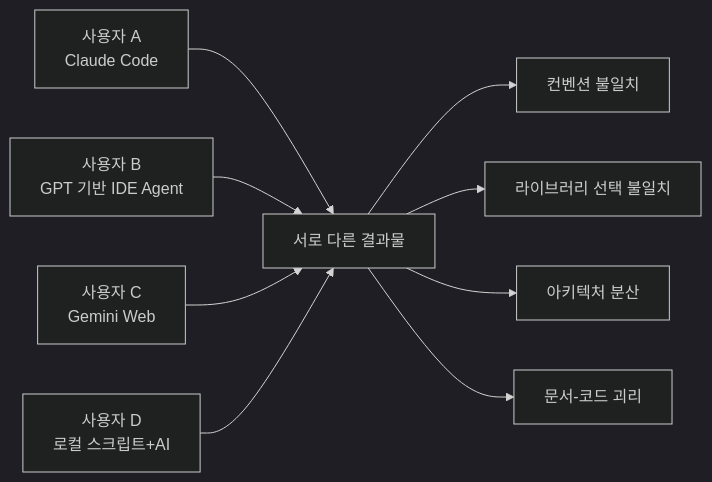
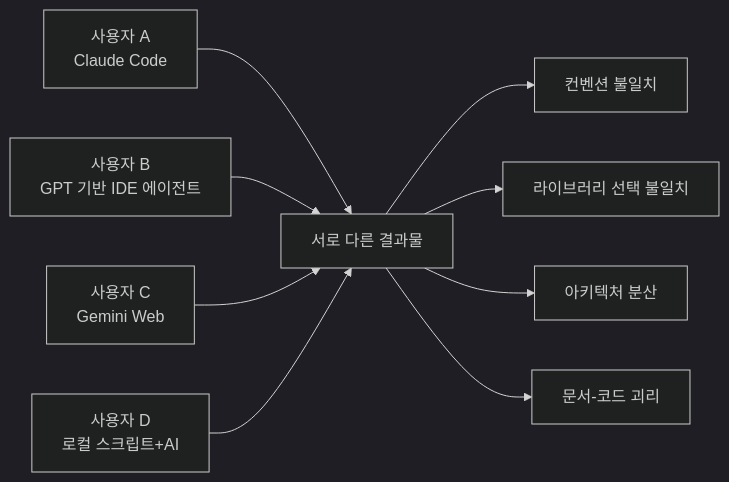
Before and after one commit to hb9397/AI_Agent_docs: the first of 7 diagrams in Docs/Harness_Engineering_Intro.md, drawn with Mermaid (dark theme). The commit also changed other lines of this file and 4 other files, not shown here.

````diff
--- a/Docs/Harness_Engineering_Intro.md
+++ b/Docs/Harness_Engineering_Intro.md
@@ -48,11 +48,11 @@
 ```mermaid
 flowchart LR
     A["사용자 A<br/>Claude Code"] --> X["서로 다른 결과물"]
-    B["사용자 B<br/>GPT 기반 IDE Agent"] --> X
+    B["사용자 B<br/>GPT 기반 IDE 에이전트"] --> X
     C["사용자 C<br/>Gemini Web"] --> X
     D["사용자 D<br/>로컬 스크립트+AI"] --> X
     X --> E["컨벤션 불일치"]
     X --> F["라이브러리 선택 불일치"]
     X --> G["아키텍처 분산"]
     X --> H["문서-코드 괴리"]
 ```
````
